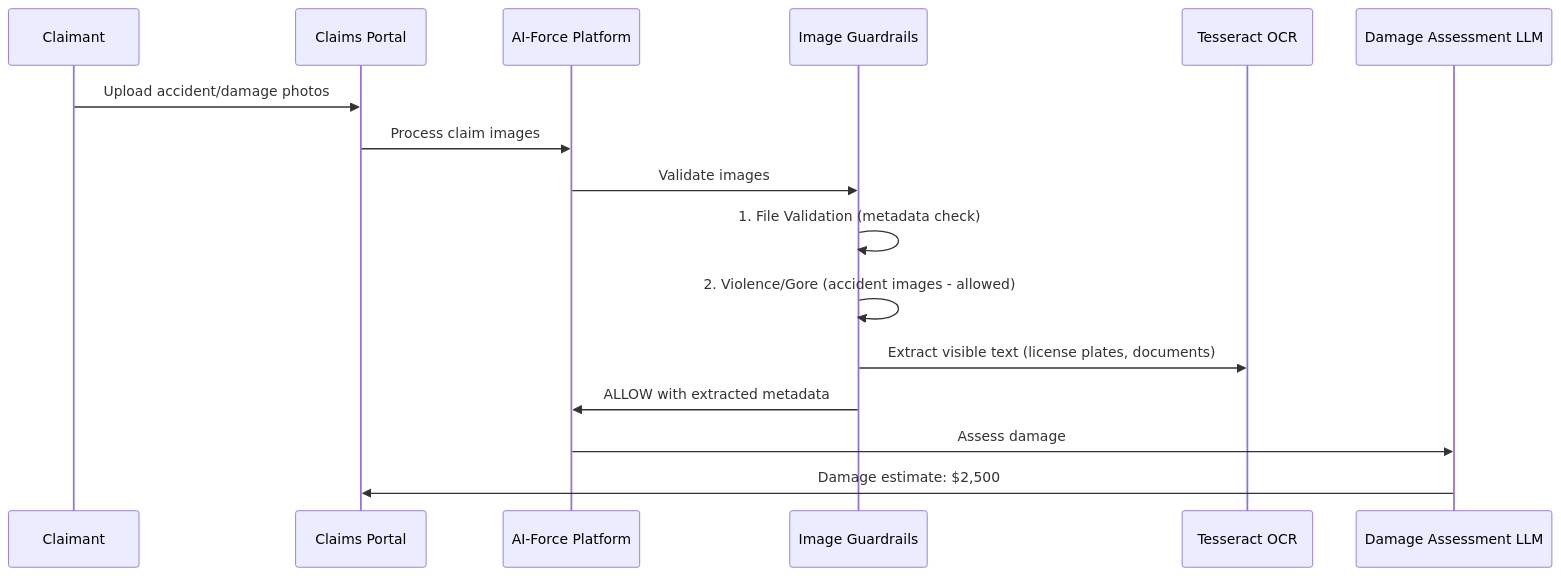
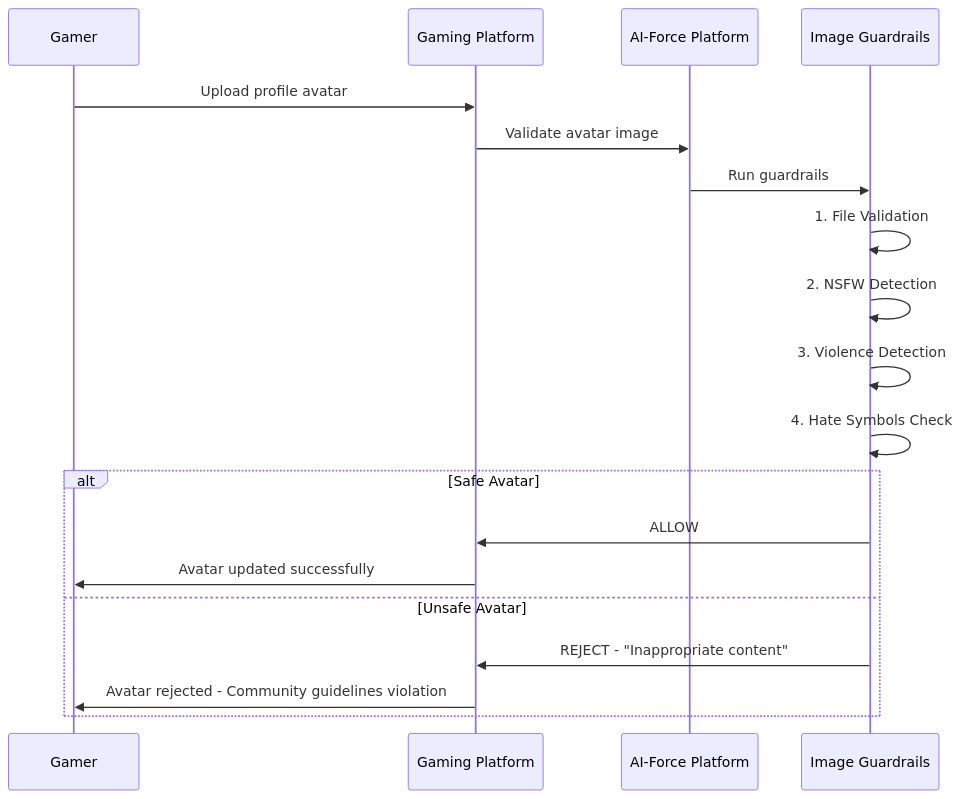
The fifth of 5 diagrams in docs/DEMO_USE_CASES.md (ashoktallapelli/guardrails), drawn with Mermaid before and after one commit. The commit also changed other lines of this file, not shown here.

````diff
--- a/docs/DEMO_USE_CASES.md
+++ b/docs/DEMO_USE_CASES.md
@@ -236,21 +245,24 @@
 ```mermaid
 sequenceDiagram
-    participant Claimant
-    participant Portal as Claims Portal
+    participant Gamer
+    participant Portal as Gaming Platform
     participant Platform as AI-Force Platform
     participant Guard as Image Guardrails
-    participant OCR as Tesseract OCR
-    participant LLM as Damage Assessment LLM
 
-    Claimant->>Portal: Upload accident/damage photos
-    Portal->>Platform: Process claim images
-    Platform->>Guard: Validate images
+    Gamer->>Portal: Upload profile avatar
+    Portal->>Platform: Validate avatar image
+    Platform->>Guard: Run guardrails
 
-    Guard->>Guard: 1. File Validation (metadata check)
-    Guard->>Guard: 2. Violence/Gore (accident images - allowed)
-    Guard->>OCR: Extract visible text (license plates, documents)
+    Guard->>Guard: 1. File Validation
+    Guard->>Guard: 2. NSFW Detection
+    Guard->>Guard: 3. Violence Detection
+    Guard->>Guard: 4. Hate Symbols Check
 
-    Guard->>Platform: ALLOW with extracted metadata
-    Platform->>LLM: Assess damage
-    LLM->>Portal: Damage estimate: $2,500
+    alt Safe Avatar
+        Guard->>Portal: ALLOW
+        Portal->>Gamer: Avatar updated successfully
+    else Unsafe Avatar
+        Guard->>Portal: REJECT - "Inappropriate content"
+        Portal->>Gamer: Avatar rejected - Community guidelines violation
+    end
 ```
````
